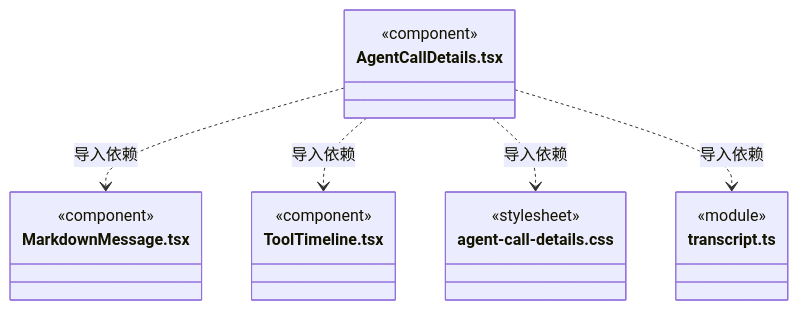
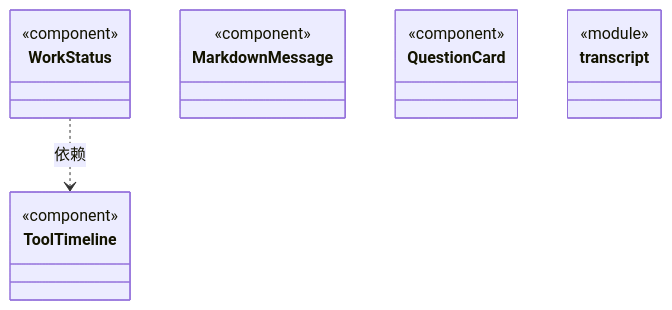
One commit to nan023062/cbim changed the diagram in src/view/execution-view/ARCHITECTURE.md. Above: the diagram before and after it, drawn with Mermaid. The commit also changed other lines of this file and 158 other files, not shown here.

Commit message:
docs: model architecture through nested virtual encapsulations

````diff
--- a/src/view/execution-view/ARCHITECTURE.md
+++ b/src/view/execution-view/ARCHITECTURE.md
@@ -393,22 +23,24 @@
 ```mermaid
 classDiagram
-class N_src_view_execution_view_AgentCallDetails_tsx["AgentCallDetails.tsx"] {
+class N_024d4d4e5bf8["ToolTimeline"] {
   <<component>>
 }
-class N_src_view_execution_view_MarkdownMessage_tsx["MarkdownMessage.tsx"] {
+click N_024d4d4e5bf8 href "ToolTimeline.tsx"
+class N_2ac64a3ad96a["WorkStatus"] {
   <<component>>
 }
-class N_src_view_execution_view_ToolTimeline_tsx["ToolTimeline.tsx"] {
+click N_2ac64a3ad96a href "WorkStatus.tsx"
+class N_1dca04f0120e["MarkdownMessage"] {
   <<component>>
 }
-class N_src_view_execution_view_agent_call_details_css["agent-call-details.css"] {
-  <<stylesheet>>
+click N_1dca04f0120e href "MarkdownMessage.tsx"
+class N_daa155c19dfb["QuestionCard"] {
+  <<component>>
 }
-class N_src_view_execution_view_transcript_ts["transcript.ts"] {
+click N_daa155c19dfb href "QuestionCard.tsx"
+class N_8cfe1bc3fd78["transcript"] {
   <<module>>
 }
-N_src_view_execution_view_AgentCallDetails_tsx ..> N_src_view_execution_view_MarkdownMessage_tsx : 导入依赖
-N_src_view_execution_view_AgentCallDetails_tsx ..> N_src_view_execution_view_ToolTimeline_tsx : 导入依赖
-N_src_view_execution_view_AgentCallDetails_tsx ..> N_src_view_execution_view_agent_call_details_css : 导入依赖
-N_src_view_execution_view_AgentCallDetails_tsx ..> N_src_view_execution_view_transcript_ts : 导入依赖
+click N_8cfe1bc3fd78 href "transcript.ts"
+N_2ac64a3ad96a ..> N_024d4d4e5bf8 : 依赖
 ```
````
